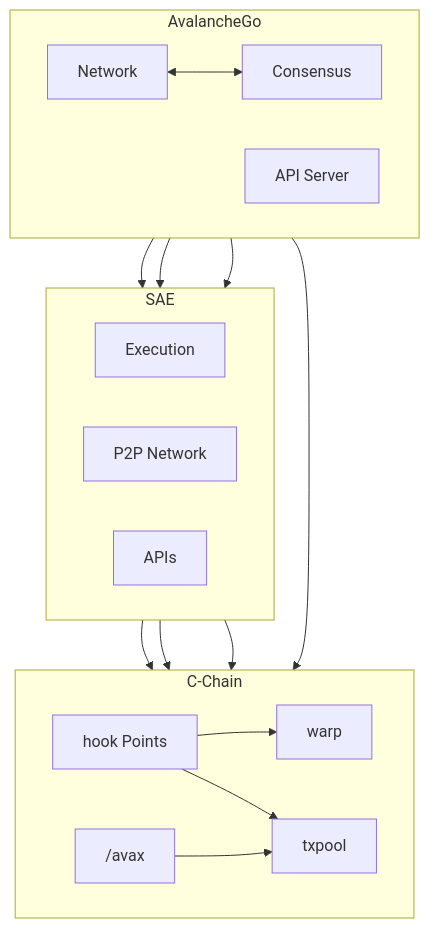
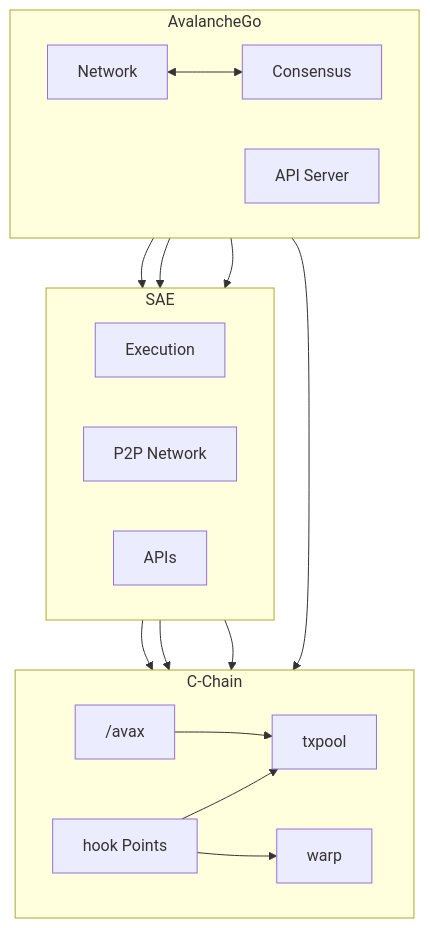
One commit to ava-labs/avalanchego changed the first of 4 diagrams in vms/saevm/cchain/README.md. Above: the diagram before and after it, drawn with Mermaid.

````diff
--- a/vms/saevm/cchain/README.md
+++ b/vms/saevm/cchain/README.md
@@ -9,38 +9,41 @@
 ```mermaid
 flowchart TB
     subgraph avago["AvalancheGo"]
         direction LR
         consensus["Consensus"]
         network["Network"]
         apiserver["API Server"]
         network <--> consensus
     end
 
     subgraph sae["SAE"]
         direction LR
         execution["Execution"]
         p2pn["P2P Network"]
         apis_sae["APIs"]
     end
 
     subgraph cchain["C-Chain"]
         direction LR
         hook["hook Points"]
         warp["warp"]
         txpool["txpool"]
         avax["/avax"]
     end
 
     network --> p2pn
     consensus --> execution
     apiserver --> apis_sae
     apiserver --> avax
 
     execution --> hook
-    p2pn --> txpool
     p2pn --> warp
 
+
+    hook --> txpool
+
+    p2pn --> txpool
+
     hook --> warp
-    hook --> txpool
     avax --> txpool
 ```
````
